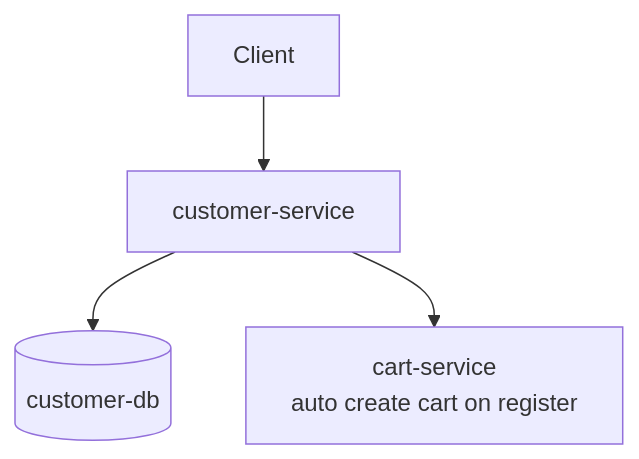
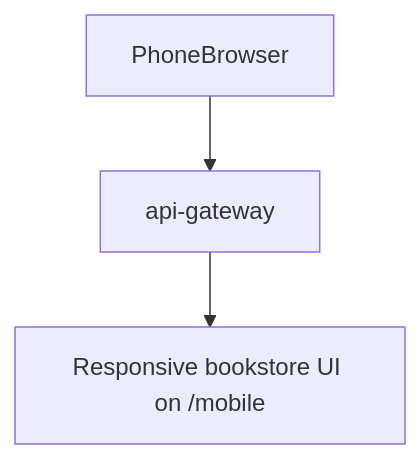
The third of 13 diagrams in docs/architecture-diagrams.md (nkokmit/HTN), drawn with Mermaid before and after one commit. The commit also changed other lines of this file and 194 other files, not shown here.

````diff
--- a/docs/architecture-diagrams.md
+++ b/docs/architecture-diagrams.md
@@ -53,6 +49,5 @@
 ```mermaid
 flowchart TD
-    Client --> CustomerAPI[customer-service]
-    CustomerAPI --> CustomerDB[(customer-db)]
-    CustomerAPI --> CartAPI[cart-service\nauto create cart on register]
+    PhoneBrowser --> Gateway[api-gateway]
+    Gateway --> MobileSPA[Responsive bookstore UI on /mobile]
 ```
````
